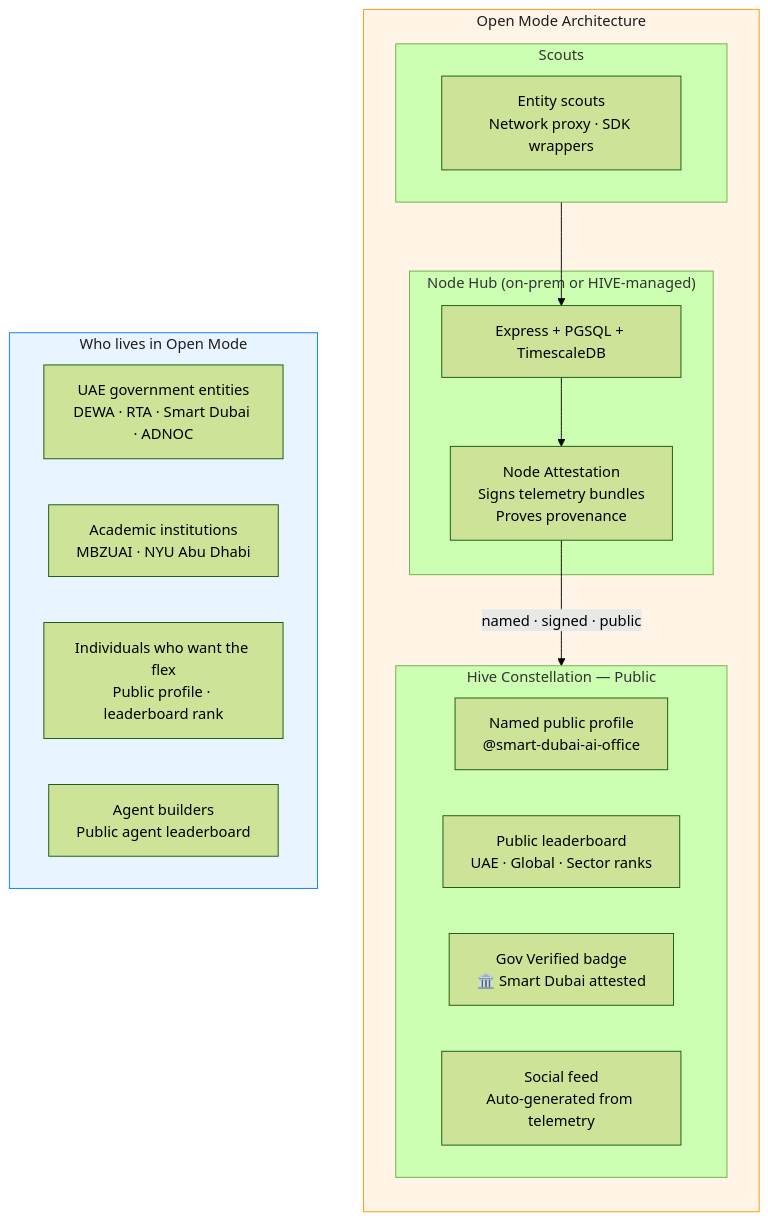
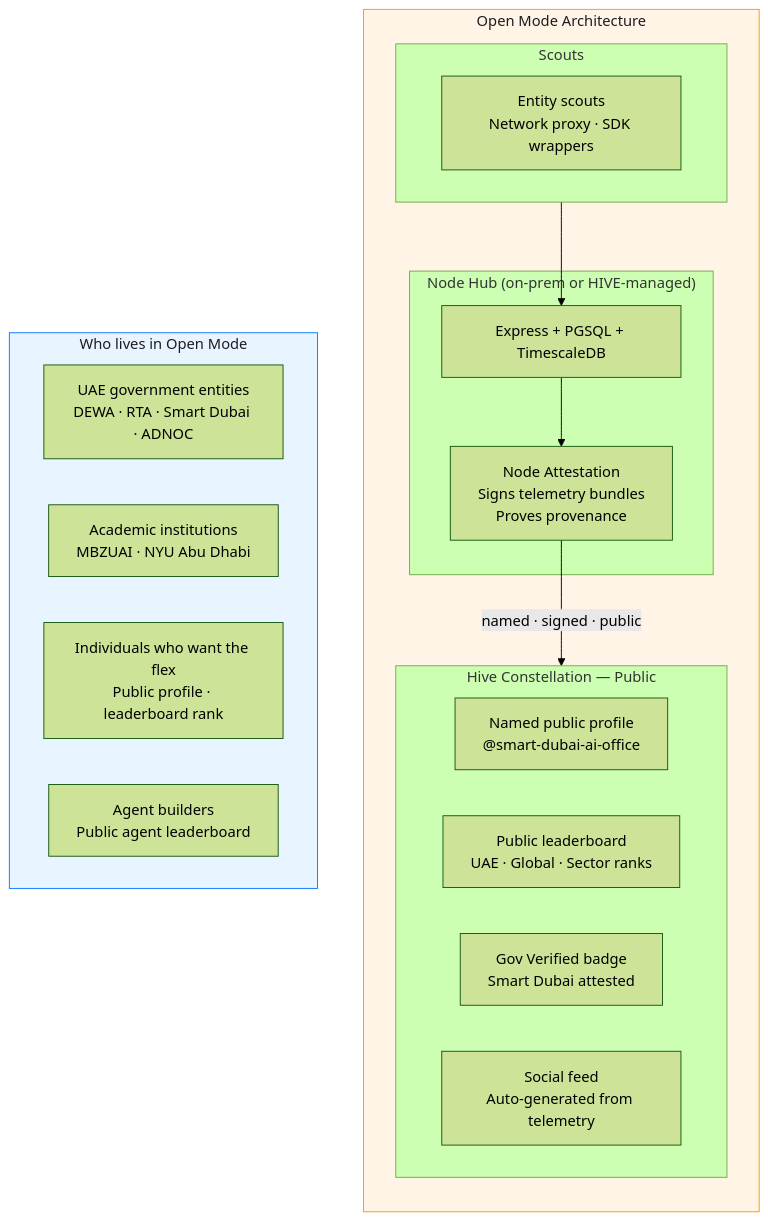
Before and after one commit to vishalm/hivehq: the seventh of 10 diagrams in docs/deployment.md, drawn with Mermaid (forest theme). The commit also changed other lines of this file and 6 other files, not shown here.

````diff
--- a/docs/deployment.md
+++ b/docs/deployment.md
@@ -230,35 +230,35 @@
 ```mermaid
 graph TB
     subgraph OPEN_ARCH ["Open Mode Architecture"]
         direction TB
 
         subgraph SCOUTS_OPEN ["Scouts"]
             SC_OPEN["Entity scouts\nNetwork proxy · SDK wrappers"]
         end
 
         subgraph NODE_OPEN ["Node Hub (on-prem or HIVE-managed)"]
             ND_OPEN["Express + PGSQL + TimescaleDB"]
             ATT["Node Attestation\nSigns telemetry bundles\nProves provenance"]
         end
 
         subgraph HIVE_OPEN ["Hive Constellation — Public"]
             PROF_OPEN["Named public profile\n@smart-dubai-ai-office"]
             LB_OPEN["Public leaderboard\nUAE · Global · Sector ranks"]
-            BADGE_OPEN["Gov Verified badge\n🏛️ Smart Dubai attested"]
+            BADGE_OPEN["Gov Verified badge\n Smart Dubai attested"]
             FEED_OPEN["Social feed\nAuto-generated from telemetry"]
         end
 
         SCOUTS_OPEN --> ND_OPEN --> ATT
         ATT -->|"named · signed · public"| HIVE_OPEN
     end
 
     subgraph OPEN_USE ["Who lives in Open Mode"]
         OU1["UAE government entities\nDEWA · RTA · Smart Dubai · ADNOC"]
         OU2["Academic institutions\nMBZUAI · NYU Abu Dhabi"]
         OU3["Individuals who want the flex\nPublic profile · leaderboard rank"]
         OU4["Agent builders\nPublic agent leaderboard"]
     end
 
     style OPEN_ARCH fill:#FFF4E5,stroke:#FF9500,color:#1D1D1F
     style OPEN_USE fill:#E8F4FF,stroke:#007AFF,color:#1D1D1F
 ```
````
